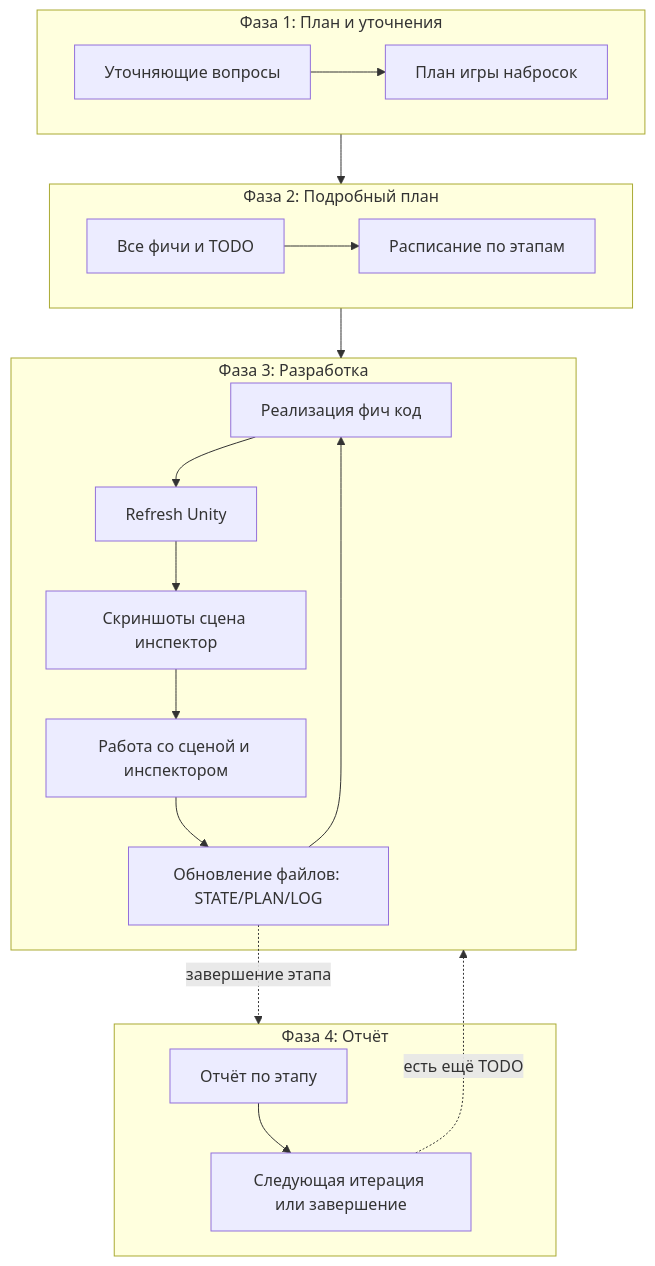
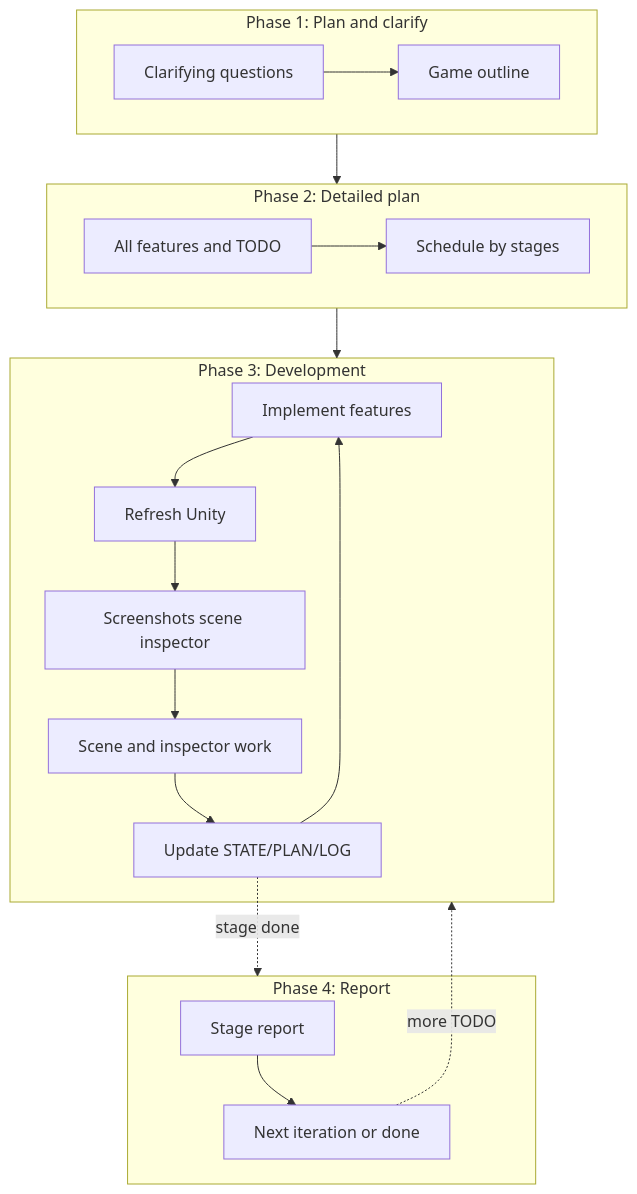
One commit to NeoXider/unity-game-agent changed the first of 2 diagrams in MODE_DETAILS.md. Above: the diagram before and after it, drawn with Mermaid. The commit also changed other lines of this file and 32 other files, not shown here.

````diff
--- a/MODE_DETAILS.md
+++ b/MODE_DETAILS.md
@@ -101,27 +101,27 @@
 ```mermaid
 flowchart TB
-  subgraph phase1 [Фаза 1: План и уточнения]
-    A1[Уточняющие вопросы] --> A2[План игры набросок]
+  subgraph phase1 [Phase 1: Plan and clarify]
+    A1[Clarifying questions] --> A2[Game outline]
   end
 
-  subgraph phase2 [Фаза 2: Подробный план]
-    B1[Все фичи и TODO] --> B2[Расписание по этапам]
+  subgraph phase2 [Phase 2: Detailed plan]
+    B1[All features and TODO] --> B2[Schedule by stages]
   end
 
-  subgraph phase3 [Фаза 3: Разработка]
-    C1[Реализация фич код] --> C2[Refresh Unity]
-    C2 --> C3[Скриншоты сцена инспектор]
-    C3 --> C4[Работа со сценой и инспектором]
-    C4 --> C5[Обновление файлов: STATE/PLAN/LOG]
+  subgraph phase3 [Phase 3: Development]
+    C1[Implement features] --> C2[Refresh Unity]
+    C2 --> C3[Screenshots scene inspector]
+    C3 --> C4[Scene and inspector work]
+    C4 --> C5[Update STATE/PLAN/LOG]
     C5 --> C1
   end
 
-  subgraph phase4 [Фаза 4: Отчёт]
-    D1[Отчёт по этапу] --> D2[Следующая итерация или завершение]
+  subgraph phase4 [Phase 4: Report]
+    D1[Stage report] --> D2[Next iteration or done]
   end
 
   phase1 --> phase2
   phase2 --> phase3
-  C5 -.->|"завершение этапа"| phase4
-  D2 -.->|"есть ещё TODO"| phase3
+  C5 -.->|"stage done"| phase4
+  D2 -.->|"more TODO"| phase3
 ```
````
